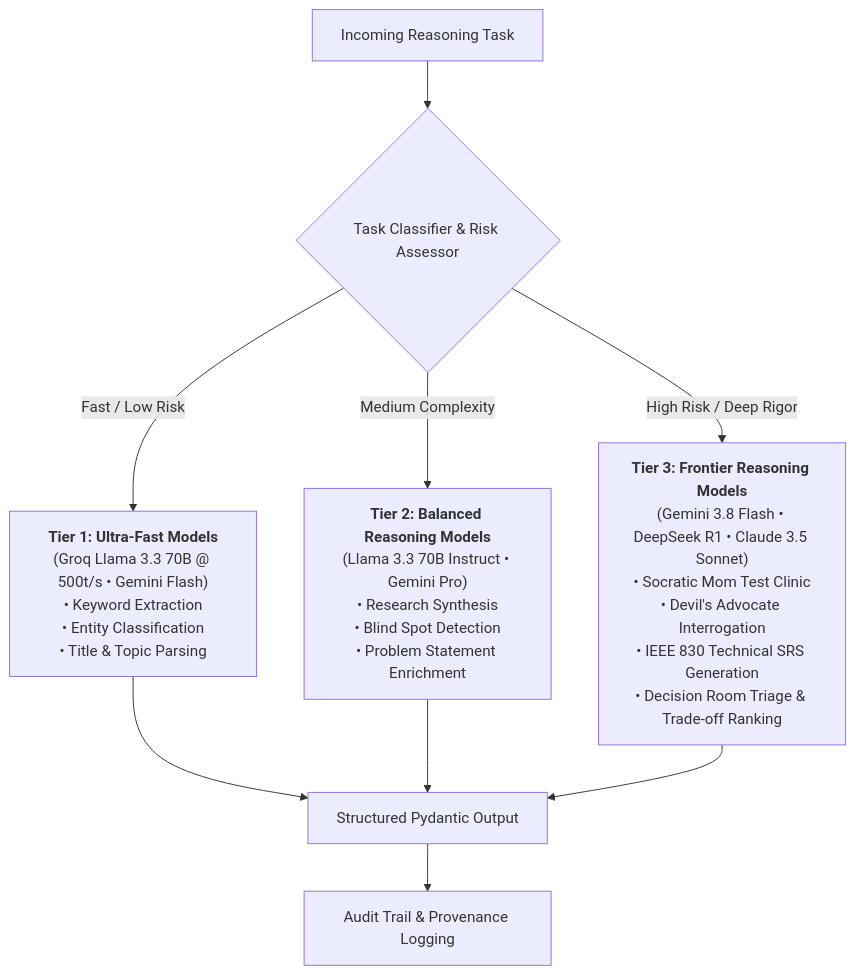
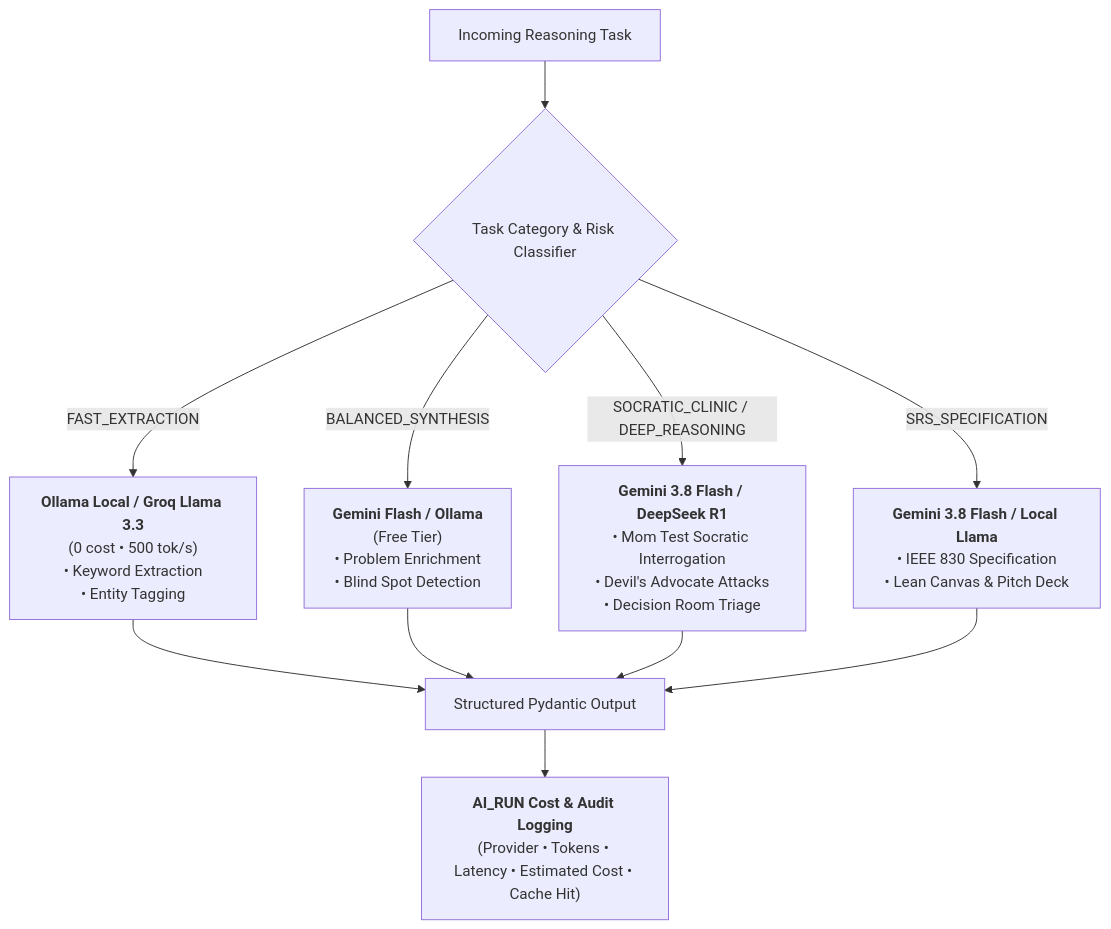
The fourth of 7 diagrams in docs/CONVERA_INTELLIGENCE_INTEGRATION_ARCHITECTURE.md (markalvincadangin/CONVERA), drawn with Mermaid before and after one commit. The commit also changed other lines of this file, not shown here.

First line of the commit message:
docs(ciia): integrate free-first core and Google Cloud experimental acceleration governance ( credits)

````diff
--- a/docs/CONVERA_INTELLIGENCE_INTEGRATION_ARCHITECTURE.md
+++ b/docs/CONVERA_INTELLIGENCE_INTEGRATION_ARCHITECTURE.md
@@ -139,14 +150,16 @@
 ```mermaid
 graph TD
-    REQ["Incoming Reasoning Task"] --> ROUTE{"Task Classifier & Risk Assessor"}
+    TASK["Incoming Reasoning Task"] --> ROUTER{"Task Category & Risk Classifier"}
     
-    ROUTE -->|Fast / Low Risk| M_FAST["<b>Tier 1: Ultra-Fast Models</b><br/>(Groq Llama 3.3 70B @ 500t/s • Gemini Flash)<br/>• Keyword Extraction<br/>• Entity Classification<br/>• Title & Topic Parsing"]
-    ROUTE -->|Medium Complexity| M_MED["<b>Tier 2: Balanced Reasoning Models</b><br/>(Llama 3.3 70B Instruct • Gemini Pro)<br/>• Research Synthesis<br/>• Blind Spot Detection<br/>• Problem Statement Enrichment"]
-    ROUTE -->|High Risk / Deep Rigor| M_HIGH["<b>Tier 3: Frontier Reasoning Models</b><br/>(Gemini 3.8 Flash • DeepSeek R1 • Claude 3.5 Sonnet)<br/>• Socratic Mom Test Clinic<br/>• Devil's Advocate Interrogation<br/>• IEEE 830 Technical SRS Generation<br/>• Decision Room Triage & Trade-off Ranking"]
+    ROUTER -->|FAST_EXTRACTION| M1["<b>Ollama Local / Groq Llama 3.3</b><br/>(0 cost • 500 tok/s)<br/>• Keyword Extraction<br/>• Entity Tagging"]
+    ROUTER -->|BALANCED_SYNTHESIS| M2["<b>Gemini Flash / Ollama</b><br/>(Free Tier)<br/>• Problem Enrichment<br/>• Blind Spot Detection"]
+    ROUTER -->|SOCRATIC_CLINIC / DEEP_REASONING| M3["<b>Gemini 3.8 Flash / DeepSeek R1</b><br/>• Mom Test Socratic Interrogation<br/>• Devil's Advocate Attacks<br/>• Decision Room Triage"]
+    ROUTER -->|SRS_SPECIFICATION| M4["<b>Gemini 3.8 Flash / Local Llama</b><br/>• IEEE 830 Specification<br/>• Lean Canvas & Pitch Deck"]
     
-    M_FAST --> OUT["Structured Pydantic Output"]
-    M_MED --> OUT
-    M_HIGH --> OUT
+    M1 --> OUT["Structured Pydantic Output"]
+    M2 --> OUT
+    M3 --> OUT
+    M4 --> OUT
     
-    OUT --> AUDIT["Audit Trail & Provenance Logging"]
+    OUT --> LOG["<b>AI_RUN Cost & Audit Logging</b><br/>(Provider • Tokens • Latency • Estimated Cost • Cache Hit)"]
 ```
````
